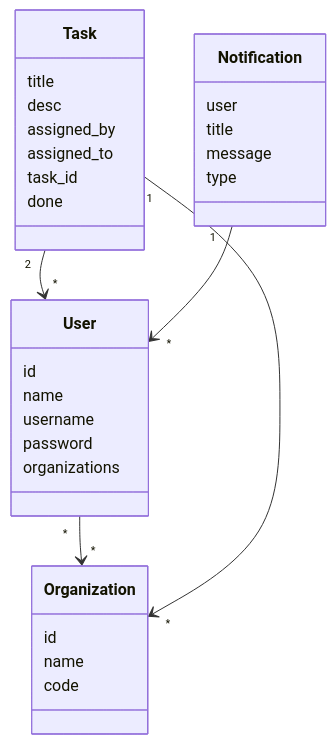
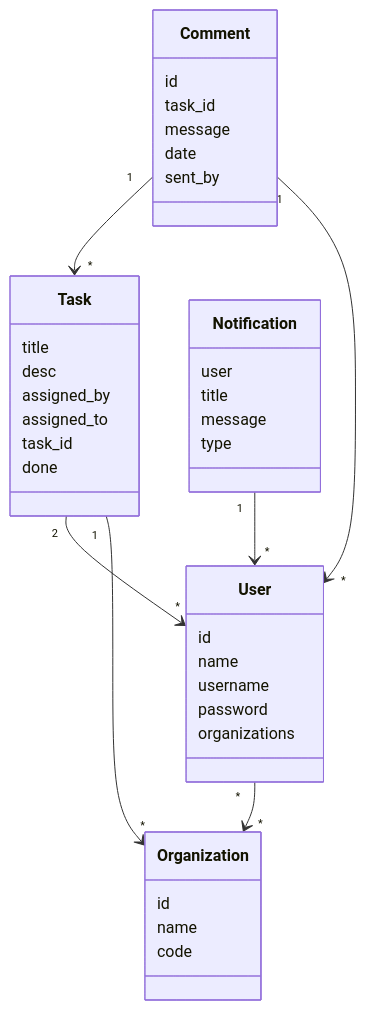
The first of 3 diagrams in dokumentaatio/arkkitehtuuri.md (sashausoskin/taskforce), drawn with Mermaid before and after one commit. The commit also changed other lines of this file and 4 other files, not shown here.

First line of the commit message:
UPDATE architecture document

````diff
--- a/dokumentaatio/arkkitehtuuri.md
+++ b/dokumentaatio/arkkitehtuuri.md
@@ -26,33 +28,42 @@
 ```mermaid
  classDiagram
       User "*" --> "*" Organization
       Task "2" --> "*" User
       Task "1" --> "*" Organization
       Notification "1" --> "*" User
+	  Comment "1" --> "*" Task
+	  Comment "1" --> "*" User
       class User{
           id
           name
           username
           password
           organizations
       }
       class Organization{
           id
           name
           code
       }
       class Task{
       	title
       	desc
       	assigned_by
       	assigned_to
       	task_id
       	done
       }
       class Notification{
       	user
       	title
       	message
       	type
       }
+	  class Comment{
+		id
+		task_id
+		message
+		date
+		sent_by
+	  }
 ```
````
